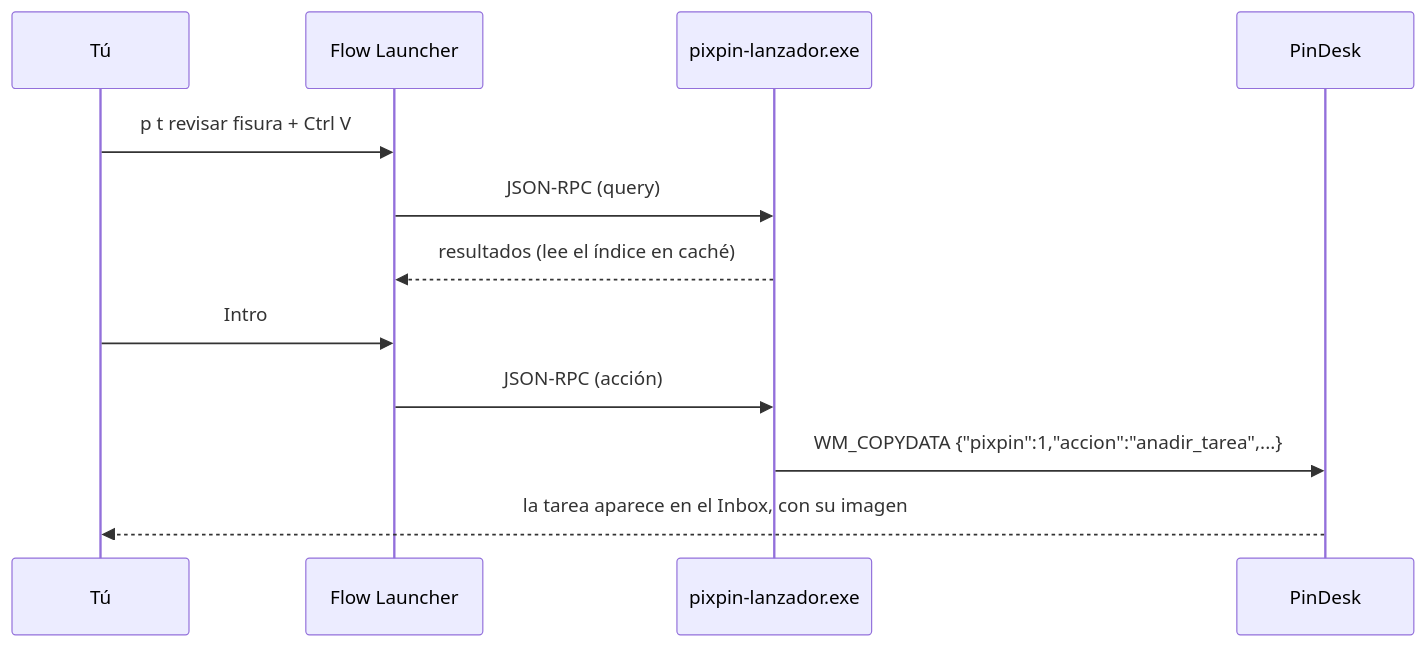
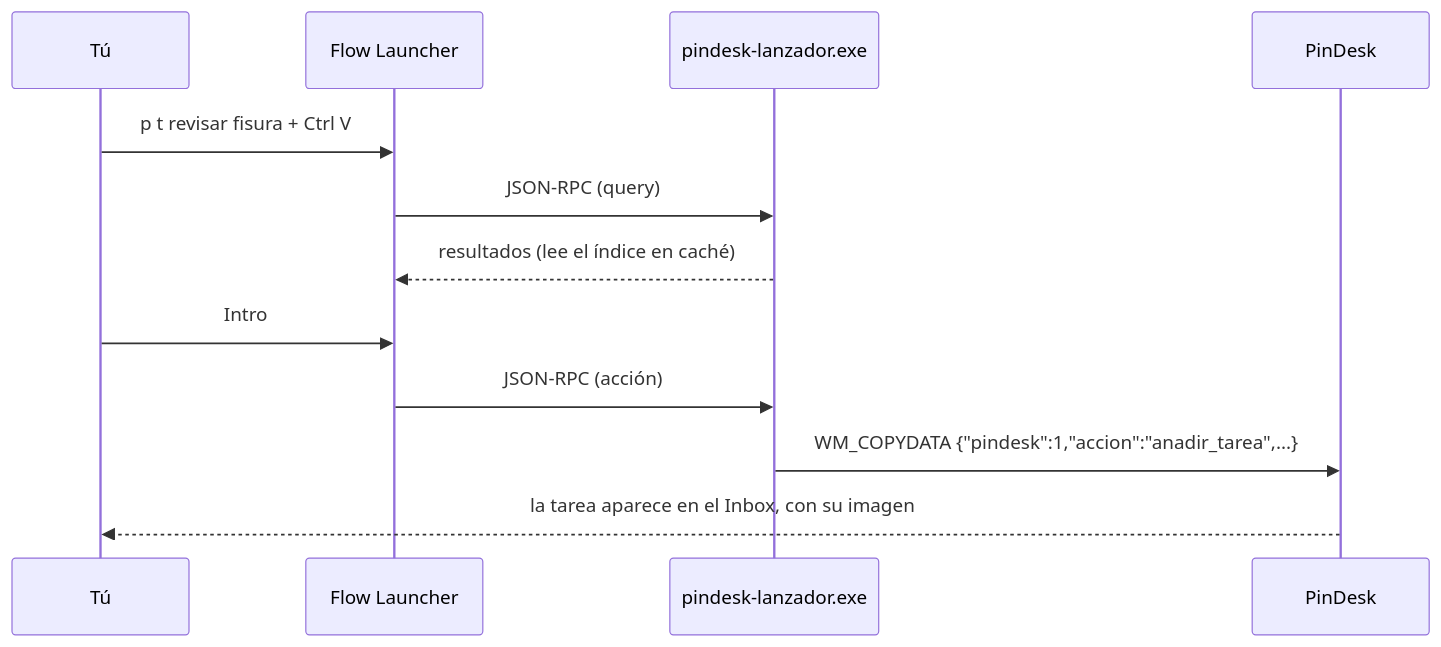
One commit to 1xmanMAX/PIXPIN_PRO_WINDOWS changed the second of 4 diagrams in README.md. Above: the diagram before and after it, drawn with Mermaid. The commit also changed other lines of this file and 28 other files, not shown here.

````diff
--- a/README.md
+++ b/README.md
@@ -595,14 +595,14 @@
 ```mermaid
 sequenceDiagram
     participant U as Tú
     participant F as Flow Launcher
-    participant L as pixpin-lanzador.exe
+    participant L as pindesk-lanzador.exe
     participant P as PinDesk
     U->>F: p t revisar fisura + Ctrl V
     F->>L: JSON-RPC (query)
     L-->>F: resultados (lee el índice en caché)
     U->>F: Intro
     F->>L: JSON-RPC (acción)
-    L->>P: WM_COPYDATA {"pixpin":1,"accion":"anadir_tarea",...}
+    L->>P: WM_COPYDATA {"pindesk":1,"accion":"anadir_tarea",...}
     P-->>U: la tarea aparece en el Inbox, con su imagen
 ```
````
